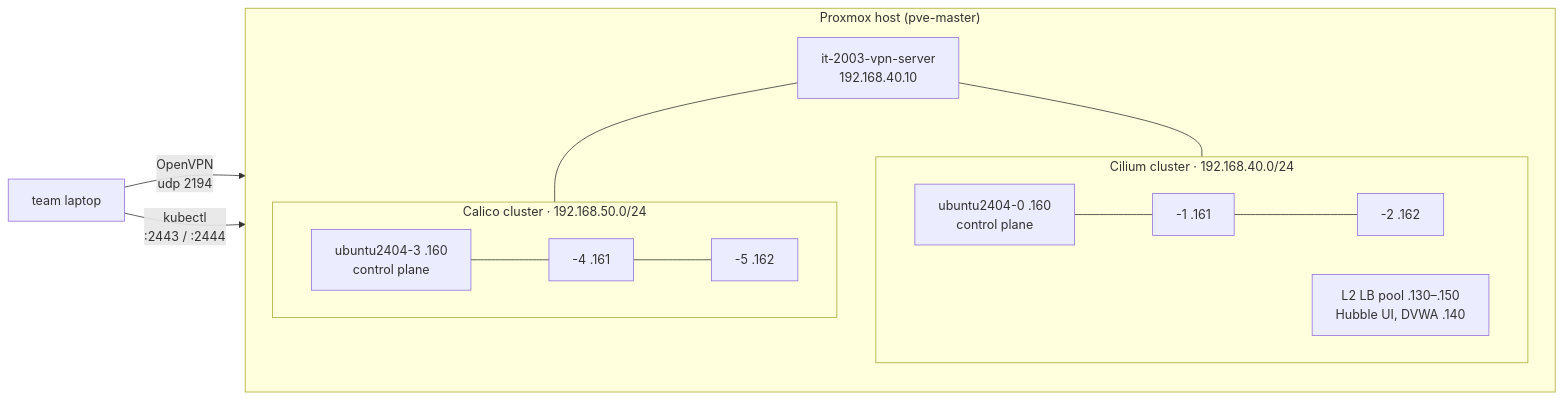
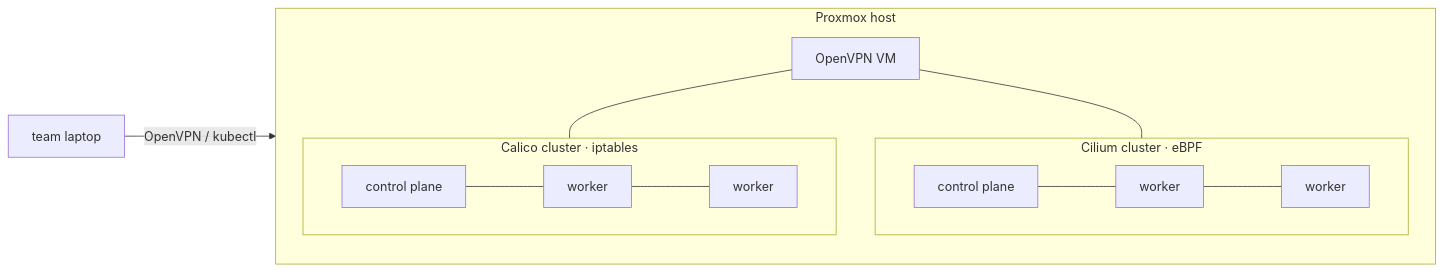
One commit to UITProjects/it2003-cilium-ebpf-project changed the diagram in README.md. Above: the diagram before and after it, drawn with Mermaid. The commit also changed other lines of this file and 1 other file, not shown here.

````diff
--- a/README.md
+++ b/README.md
@@ -41,17 +54,15 @@
 ```mermaid
 flowchart LR
-  U["team laptop"] -- "OpenVPN<br/>udp 2194" --> P
-  U -- "kubectl<br/>:2443 / :2444" --> P
-  subgraph P["Proxmox host (pve-master)"]
-    V["it-2003-vpn-server<br/>192.168.40.10"]
-    subgraph A["Cilium cluster · 192.168.40.0/24"]
-      A0["ubuntu2404-0 .160<br/>control plane"] --- A1["-1 .161"] --- A2["-2 .162"]
-      LB["L2 LB pool .130–.150<br/>Hubble UI, DVWA .140"]
+  U["team laptop"] -- "OpenVPN / kubectl" --> P
+  subgraph P["Proxmox host"]
+    V["OpenVPN VM"]
+    subgraph A["Cilium cluster · eBPF"]
+      A0["control plane"] --- A1["worker"] --- A2["worker"]
     end
-    subgraph B["Calico cluster · 192.168.50.0/24"]
-      B0["ubuntu2404-3 .160<br/>control plane"] --- B1["-4 .161"] --- B2["-5 .162"]
+    subgraph B["Calico cluster · iptables"]
+      B0["control plane"] --- B1["worker"] --- B2["worker"]
     end
     V --- A
     V --- B
   end
 ```
````
